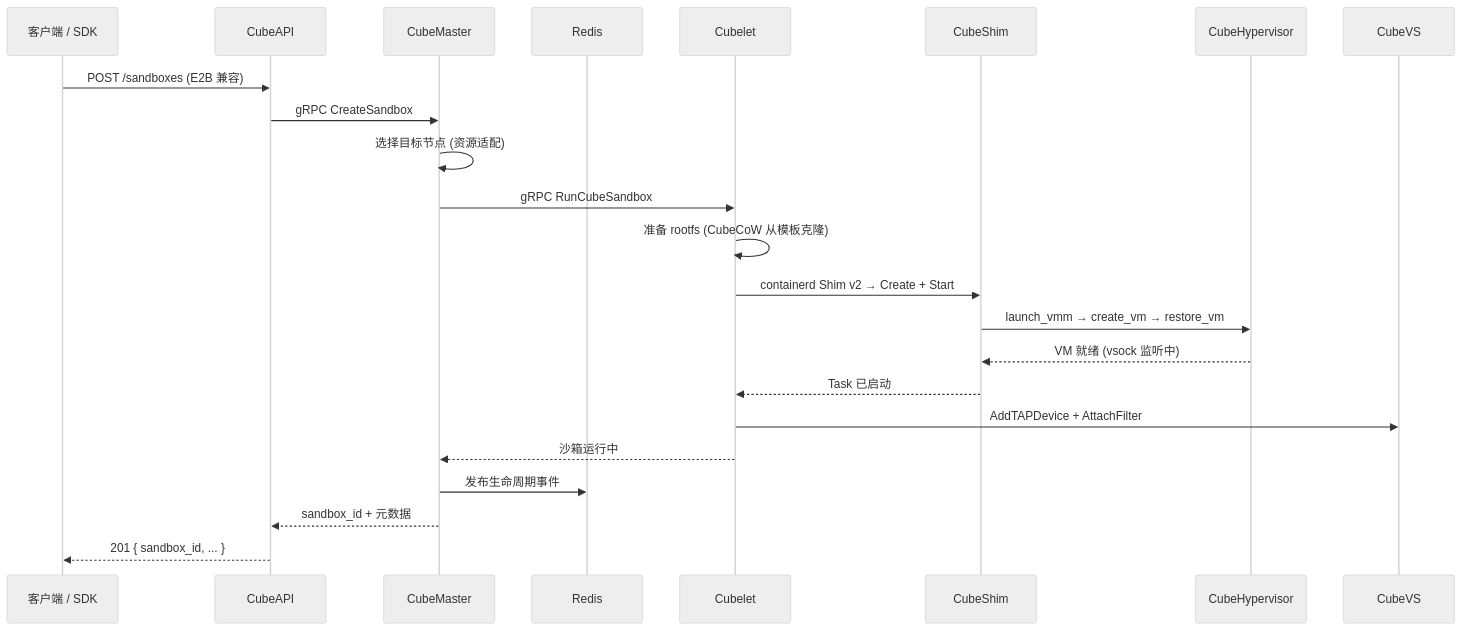
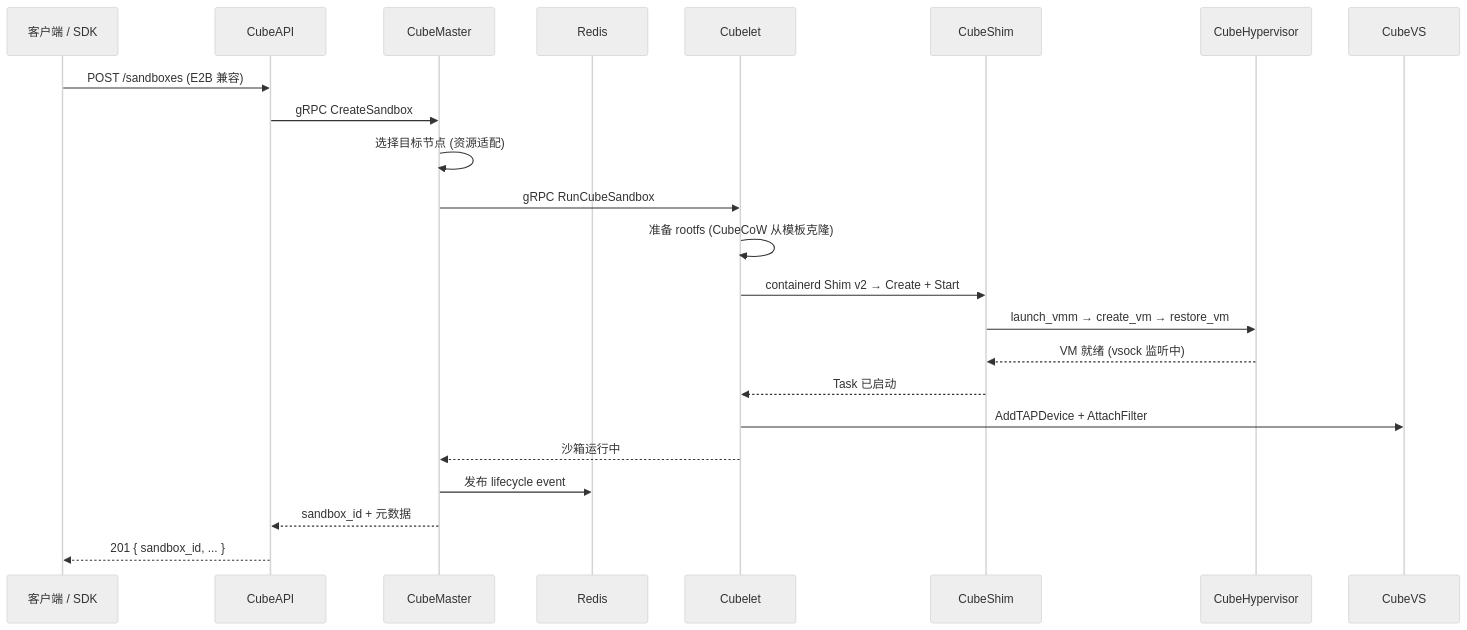
The fourth of 11 diagrams in docs/teaching/architecture-tutorial.md (kngwyc3/CubeSandbox), drawn with Mermaid (neutral theme) before and after one commit. The commit also changed other lines of this file, not shown here.

First line of the commit message:
docs(teaching): deepen markdown tutorial with scheduling, BPF maps, template lifecycle, credential vault

````diff
--- a/docs/teaching/architecture-tutorial.md
+++ b/docs/teaching/architecture-tutorial.md
@@ -110,25 +114,25 @@
 ```mermaid
 sequenceDiagram
     participant C as 客户端 / SDK
     participant A as CubeAPI
     participant M as CubeMaster
     participant R as Redis
     participant L as Cubelet
     participant S as CubeShim
     participant H as CubeHypervisor
     participant V as CubeVS
     C->>A: POST /sandboxes (E2B 兼容)
     A->>M: gRPC CreateSandbox
     M->>M: 选择目标节点 (资源适配)
     M->>L: gRPC RunCubeSandbox
     L->>L: 准备 rootfs (CubeCoW 从模板克隆)
     L->>S: containerd Shim v2 → Create + Start
     S->>H: launch_vmm → create_vm → restore_vm
     H-->>S: VM 就绪 (vsock 监听中)
     S-->>L: Task 已启动
     L->>V: AddTAPDevice + AttachFilter
     L-->>M: 沙箱运行中
-    M->>R: 发布生命周期事件
+    M->>R: 发布 lifecycle event
     M-->>A: sandbox_id + 元数据
     A-->>C: 201 { sandbox_id, ... }
 ```
````
